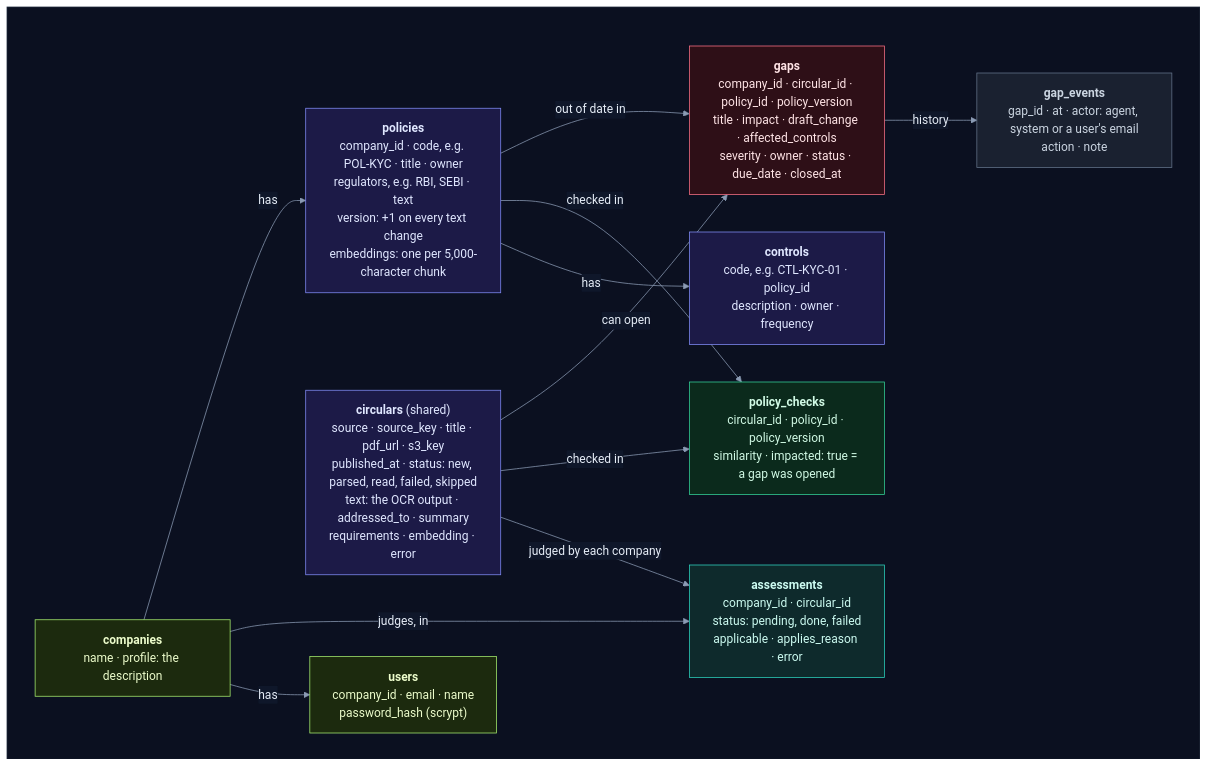
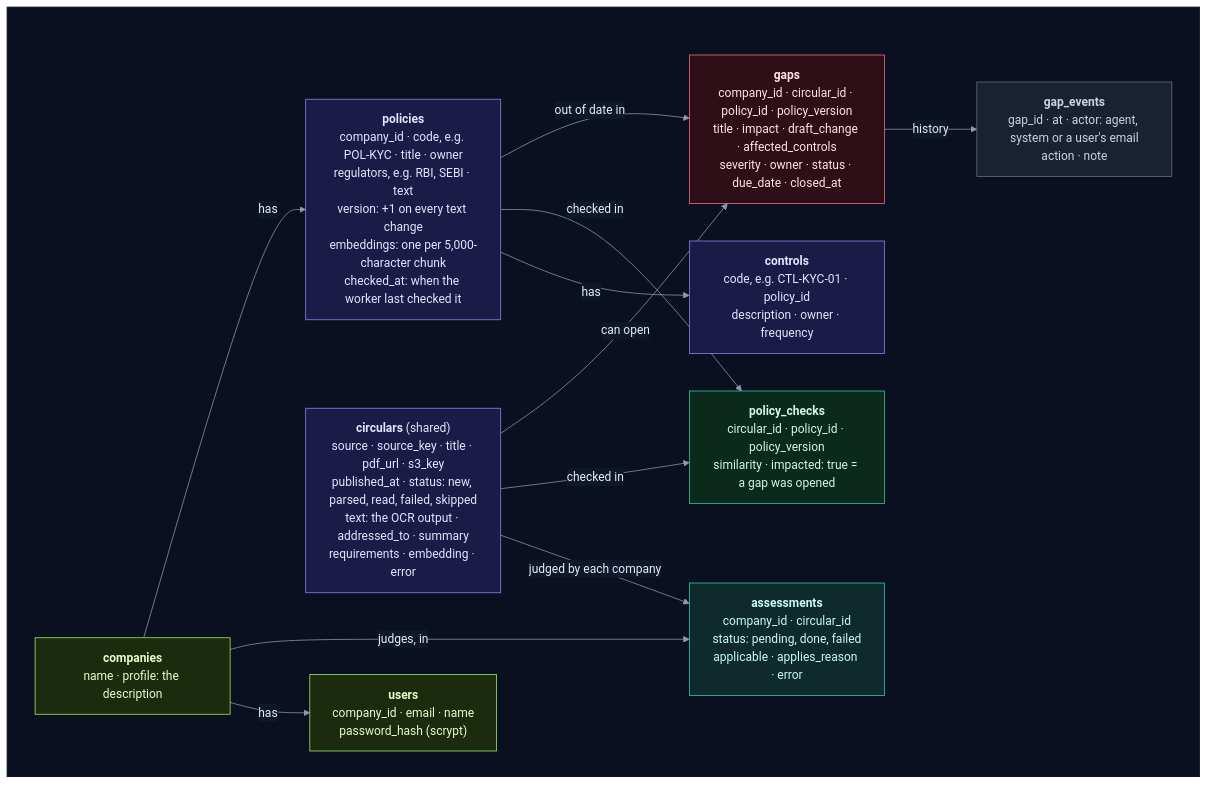
One commit to selvakumarperumal/Regulatory_Circular_Impact_Agent changed diagram 16 of 22 in how_it_works.md. Above: the diagram before and after it, drawn with Mermaid. The commit also changed other lines of this file and 9 other files, not shown here.

Commit message:
Bring every document in line with the simplified code

````diff
--- a/how_it_works.md
+++ b/how_it_works.md
@@ -1061,43 +1059,43 @@
 ```mermaid
 %%{init: {"theme": "base", "flowchart": {"diagramPadding": 0}, "themeVariables": {"darkMode": true, "primaryColor": "#16213a", "primaryTextColor": "#e6edf7", "primaryBorderColor": "#475a7a", "lineColor": "#8b9bb4", "secondaryColor": "#1b2436", "tertiaryColor": "#101a2e", "edgeLabelBackground": "#0f172a", "textColor": "#e2e8f0", "clusterBkg": "#0f1728", "clusterBorder": "#2b3a55", "titleColor": "#c4b5fd", "nodeTextColor": "#e6edf7"}}}%%
 flowchart LR
     subgraph canvas[" "]
         direction LR
         CO["<b>companies</b><br/>name · profile: the description"]
         US["<b>users</b><br/>company_id · email · name<br/>password_hash (scrypt)"]
         CI["<b>circulars</b> (shared)<br/>source · source_key · title · pdf_url · s3_key<br/>published_at · status: new, parsed, read, failed, skipped<br/>text: the OCR output · addressed_to · summary<br/>requirements · embedding · error"]
         AS["<b>assessments</b><br/>company_id · circular_id<br/>status: pending, done, failed<br/>applicable · applies_reason · error"]
-        PO["<b>policies</b><br/>company_id · code, e.g. POL-KYC · title · owner<br/>regulators, e.g. RBI, SEBI · text<br/>version: +1 on every text change<br/>embeddings: one per 5,000-character chunk"]
+        PO["<b>policies</b><br/>company_id · code, e.g. POL-KYC · title · owner<br/>regulators, e.g. RBI, SEBI · text<br/>version: +1 on every text change<br/>embeddings: one per 5,000-character chunk<br/>checked_at: when the worker last checked it"]
         CT["<b>controls</b><br/>code, e.g. CTL-KYC-01 · policy_id<br/>description · owner · frequency"]
         PC["<b>policy_checks</b><br/>circular_id · policy_id · policy_version<br/>similarity · impacted: true = a gap was opened"]
         GA["<b>gaps</b><br/>company_id · circular_id · policy_id · policy_version<br/>title · impact · draft_change · affected_controls<br/>severity · owner · status · due_date · closed_at"]
         GE["<b>gap_events</b><br/>gap_id · at · actor: agent, system or a user's email<br/>action · note"]
         CO -->|"has"| US
         CO -->|"judges, in"| AS
         CI -->|"judged by each company"| AS
         CO -->|"has"| PO
         PO -->|"has"| CT
         CI -->|"checked in"| PC
         PO -->|"checked in"| PC
         PO -->|"out of date in"| GA
         CI -->|"can open"| GA
         GA -->|"history"| GE
     end
     classDef svc fill:#0e2a2c,stroke:#2dd4bf,color:#ccfbf1
     classDef data fill:#1c1a47,stroke:#818cf8,color:#e0e7ff
     classDef ext fill:#2a1640,stroke:#c084fc,color:#f3e8ff
     classDef gpu fill:#2d1b0c,stroke:#fb923c,color:#ffedd5
     classDef ask fill:#2a2410,stroke:#fbbf24,color:#fef3c7
     classDef ok fill:#0b2a1c,stroke:#34d399,color:#d1fae5
     classDef bad fill:#2e0f17,stroke:#fb7185,color:#ffe4e6
     classDef start fill:#1c2a0e,stroke:#a7ef6f,color:#ecfccb
     classDef muted fill:#1a2130,stroke:#64748b,color:#cbd5e1
     classDef queue fill:#0c2231,stroke:#38bdf8,color:#e0f2fe
     class CO,US start
     class CI,PO,CT data
     class AS svc
     class PC ok
     class GA bad
     class GE muted
     style canvas fill:#0b1020,stroke:#1e293b,color:#0b1020
 ```
````
